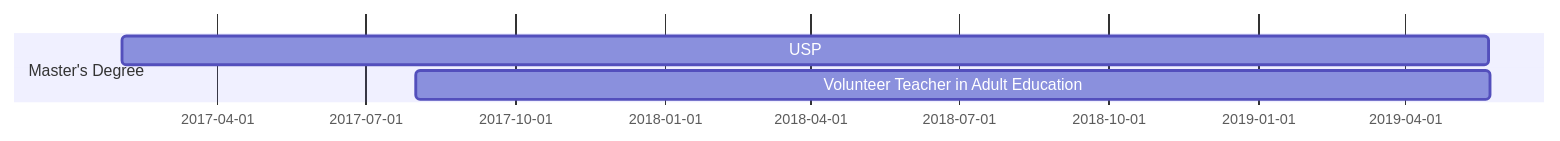
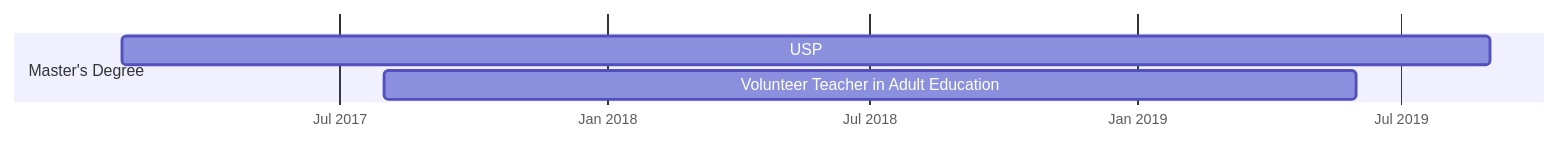
The third of 5 diagrams in content/timeline/_index.md (asrampasso/academic_website), drawn with Mermaid before and after one commit. The commit also changed other lines of this file and 43 other files, not shown here.

Commit message:
Update research, timeline, teaching portfolio and statements

````diff
--- a/content/timeline/_index.md
+++ b/content/timeline/_index.md
@@ -34,11 +58,13 @@
 ```mermaid
 
 gantt
 
   dateFormat  YYYY-MM-DD
+  axisFormat %b %Y
+  tickInterval 6month
 
   section Master's Degree
-  USP: 2017-02-02, 839d
-  Volunteer Teacher in Adult Education: 2017-08-01, 660d
+  USP: 2017-02-02, 2019-08-31
+  Volunteer Teacher in Adult Education: 2017-08-01, 2019-05-31
 
 ```
````
